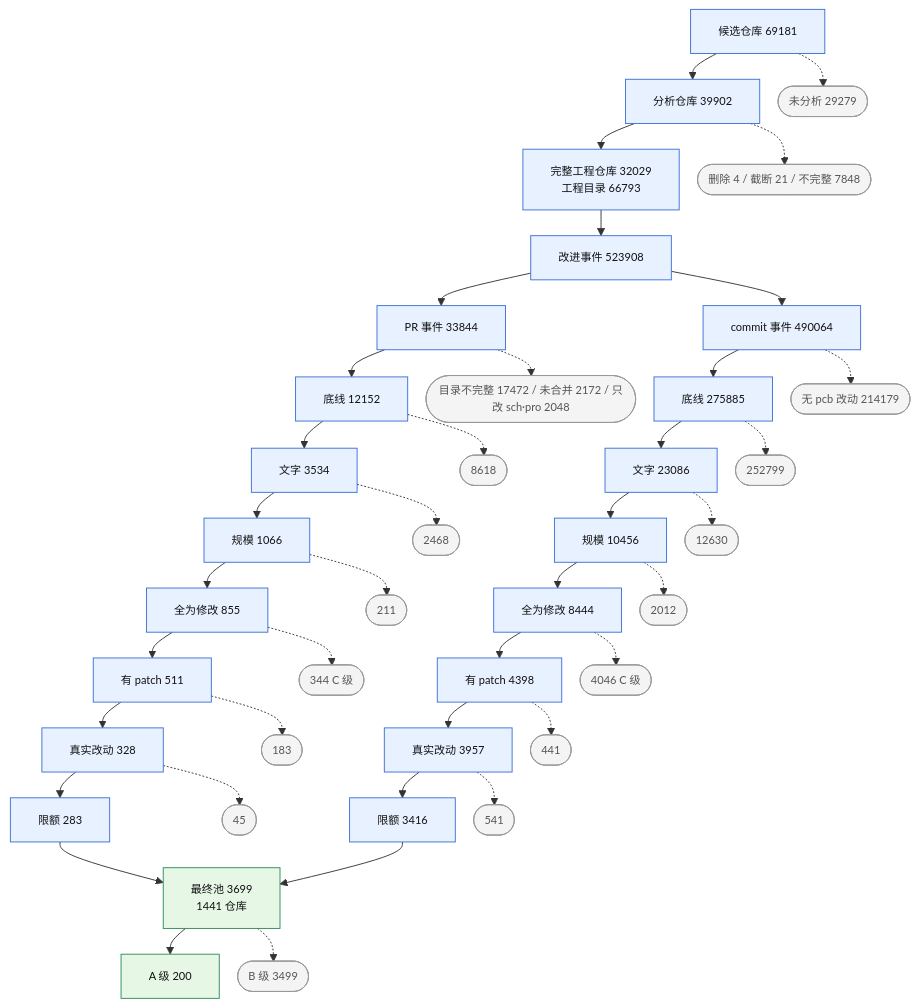
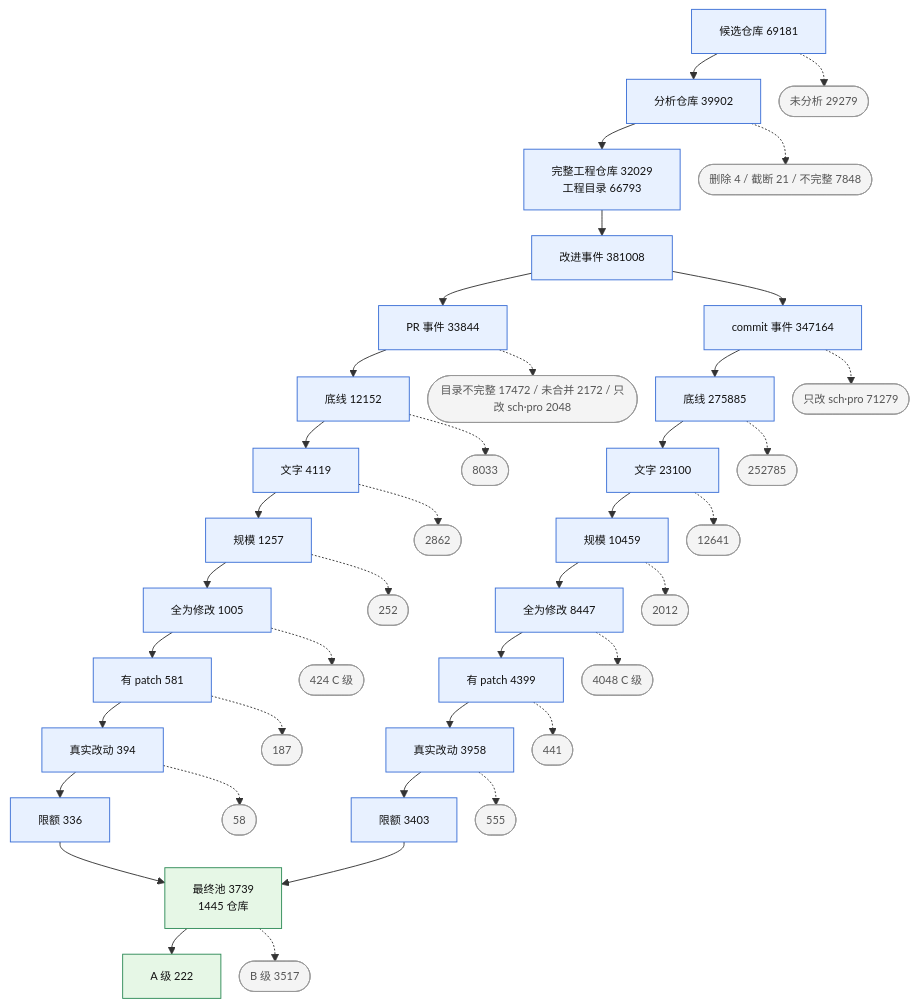
Before and after one commit to Xiafyjck/github_kicad_project_scout: the first of 5 diagrams in reports/progress_report.md, drawn with Mermaid. The commit also changed other lines of this file and 6 other files, not shown here.

````diff
--- a/reports/progress_report.md
+++ b/reports/progress_report.md
@@ -96,36 +96,36 @@
 ```mermaid
 %%{init: {'themeVariables': {'fontSize': '12px'}, 'flowchart': {'nodeSpacing': 20, 'rankSpacing': 28}}}%%
 flowchart TB
     classDef exit fill:#f4f4f4,stroke:#999,color:#555
     classDef keep fill:#e8f1ff,stroke:#3b6fd6,color:#111
     classDef final fill:#e6f7e6,stroke:#2e8b57,color:#111
 
-    C[候选仓库 69181]:::keep --> A[分析仓库 39902]:::keep --> Q[完整工程仓库 32029<br/>工程目录 66793]:::keep --> E[改进事件 523908]:::keep
+    C[候选仓库 69181]:::keep --> A[分析仓库 39902]:::keep --> Q[完整工程仓库 32029<br/>工程目录 66793]:::keep --> E[改进事件 381008]:::keep
     C -.-> CX([未分析 29279]):::exit
     A -.-> AX([删除 4 / 截断 21 / 不完整 7848]):::exit
     E --> P[PR 事件 33844]:::keep
-    E --> M[commit 事件 490064]:::keep
+    E --> M[commit 事件 347164]:::keep
 
-    P --> P3[底线 12152]:::keep --> P4[文字 3534]:::keep --> P5[规模 1066]:::keep --> P6[全为修改 855]:::keep --> P7[有 patch 511]:::keep --> P8[真实改动 328]:::keep --> P9[限额 283]:::keep
+    P --> P3[底线 12152]:::keep --> P4[文字 4119]:::keep --> P5[规模 1257]:::keep --> P6[全为修改 1005]:::keep --> P7[有 patch 581]:::keep --> P8[真实改动 394]:::keep --> P9[限额 336]:::keep
     P -.-> PX0([目录不完整 17472 / 未合并 2172 / 只改 sch·pro 2048]):::exit
-    P3 -.-> PX4([8618]):::exit
-    P4 -.-> PX5([2468]):::exit
-    P5 -.-> PX6([211]):::exit
-    P6 -.-> PX7([344 C 级]):::exit
-    P7 -.-> PX8([183]):::exit
-    P8 -.-> PX9([45]):::exit
+    P3 -.-> PX4([8033]):::exit
+    P4 -.-> PX5([2862]):::exit
+    P5 -.-> PX6([252]):::exit
+    P6 -.-> PX7([424 C 级]):::exit
+    P7 -.-> PX8([187]):::exit
+    P8 -.-> PX9([58]):::exit
 
-    M --> M3[底线 275885]:::keep --> M4[文字 23086]:::keep --> M5[规模 10456]:::keep --> M6[全为修改 8444]:::keep --> M7[有 patch 4398]:::keep --> M8[真实改动 3957]:::keep --> M9[限额 3416]:::keep
-    M -.-> MX0([无 pcb 改动 214179]):::exit
-    M3 -.-> MX4([252799]):::exit
-    M4 -.-> MX5([12630]):::exit
+    M --> M3[底线 275885]:::keep --> M4[文字 23100]:::keep --> M5[规模 10459]:::keep --> M6[全为修改 8447]:::keep --> M7[有 patch 4399]:::keep --> M8[真实改动 3958]:::keep --> M9[限额 3403]:::keep
+    M -.-> MX0([只改 sch·pro 71279]):::exit
+    M3 -.-> MX4([252785]):::exit
+    M4 -.-> MX5([12641]):::exit
     M5 -.-> MX6([2012]):::exit
-    M6 -.-> MX7([4046 C 级]):::exit
+    M6 -.-> MX7([4048 C 级]):::exit
     M7 -.-> MX8([441]):::exit
-    M8 -.-> MX9([541]):::exit
+    M8 -.-> MX9([555]):::exit
 
-    P9 --> F[最终池 3699<br/>1441 仓库]:::final
+    P9 --> F[最终池 3739<br/>1445 仓库]:::final
     M9 --> F
-    F --> G[A 级 200]:::final
-    F -.-> FB([B 级 3499]):::exit
+    F --> G[A 级 222]:::final
+    F -.-> FB([B 级 3517]):::exit
 ```
````
